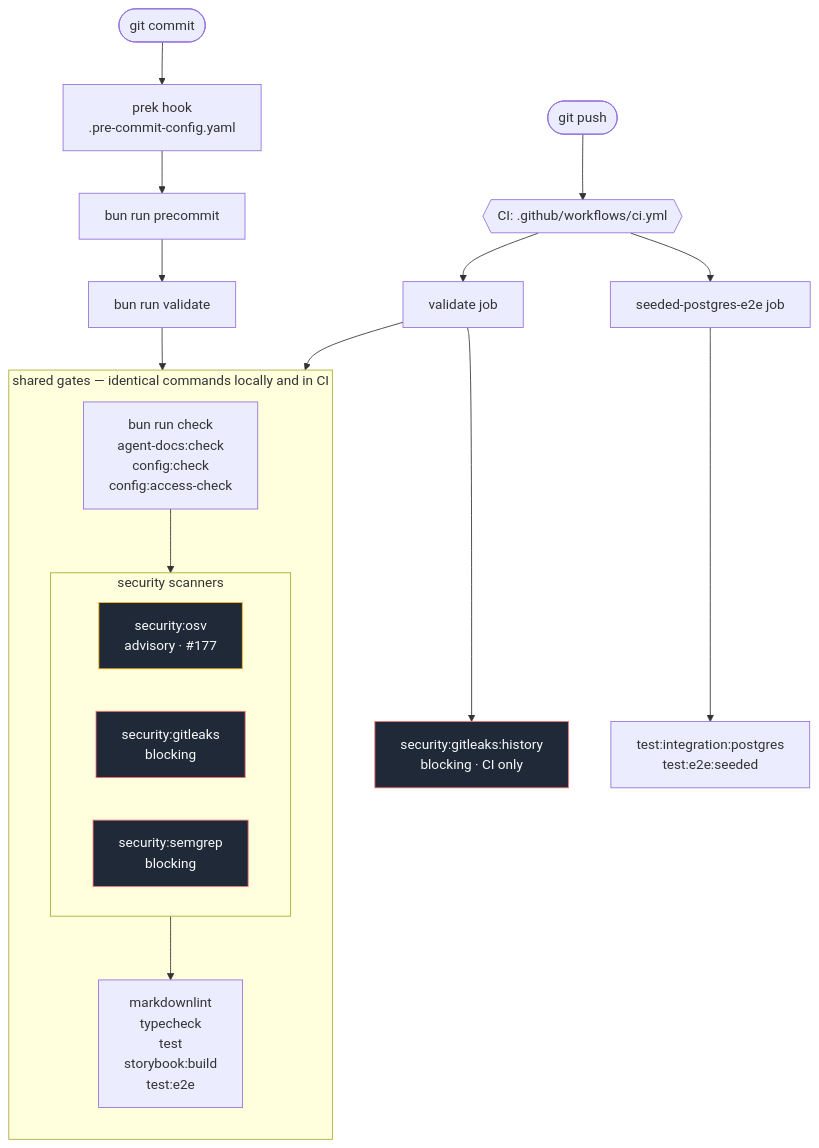
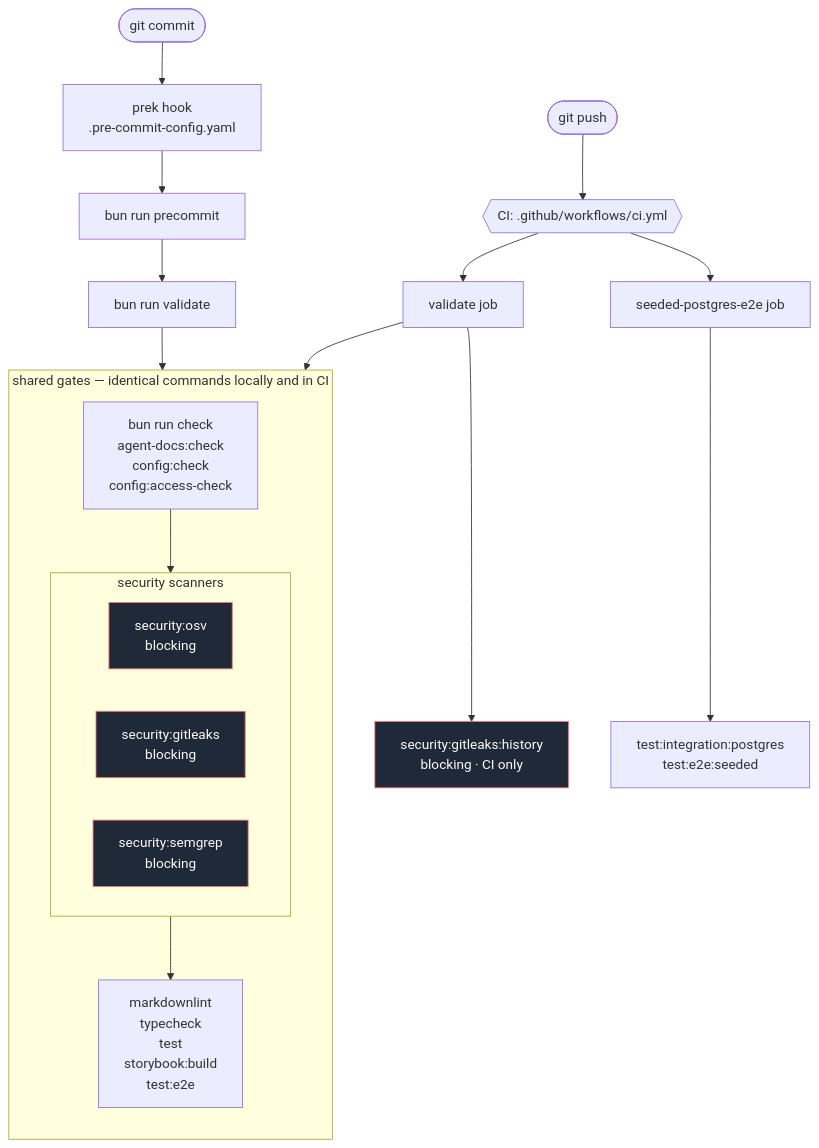
The diagram in docs/security-review.md (ncolesummers/loopworks), drawn with Mermaid before and after one commit. The commit also changed other lines of this file and 37 other files, not shown here.

Commit message:
fix(security): enforce blocking dependency scans

````diff
--- a/docs/security-review.md
+++ b/docs/security-review.md
@@ -79,35 +79,33 @@
 ```mermaid
 flowchart TD
     commit([git commit]) --> prek[prek hook<br/>.pre-commit-config.yaml]
     prek --> precommit["bun run precommit"]
     precommit --> validate["bun run validate"]
     push([git push]) --> ci{{"CI: .github/workflows/ci.yml"}}
 
     ci --> validateJob["validate job"]
     ci --> pgJob["seeded-postgres-e2e job"]
 
     validate --> gates
     validateJob --> gates
 
     subgraph gates["shared gates — identical commands locally and in CI"]
         direction TB
         style1["bun run check<br/>agent-docs:check<br/>config:check<br/>config:access-check"]
         --> sec
         sec --> slow["markdownlint<br/>typecheck<br/>test<br/>storybook:build<br/>test:e2e"]
     end
 
     subgraph sec["security scanners"]
         direction LR
-        osv["security:osv<br/>advisory · #177"]
+        osv["security:osv<br/>blocking"]
         gl["security:gitleaks<br/>blocking"]
         sg["security:semgrep<br/>blocking"]
     end
 
     validateJob --> hist["security:gitleaks:history<br/>blocking · CI only"]
     pgJob --> pg["test:integration:postgres<br/>test:e2e:seeded"]
 
     classDef blocking fill:#1f2937,stroke:#f87171,color:#f9fafb
-    classDef advisory fill:#1f2937,stroke:#fbbf24,color:#f9fafb
-    class gl,sg,hist blocking
-    class osv advisory
+    class osv,gl,sg,hist blocking
 ```
````
